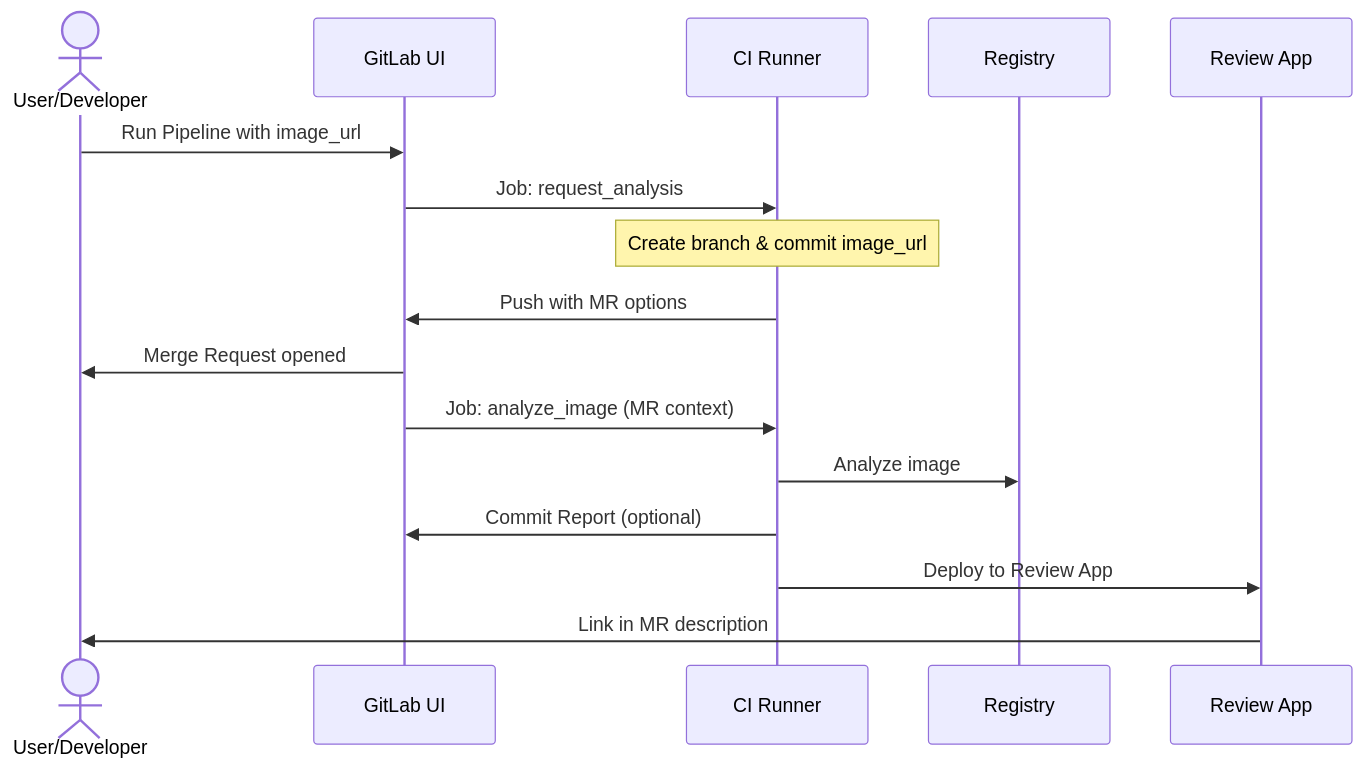
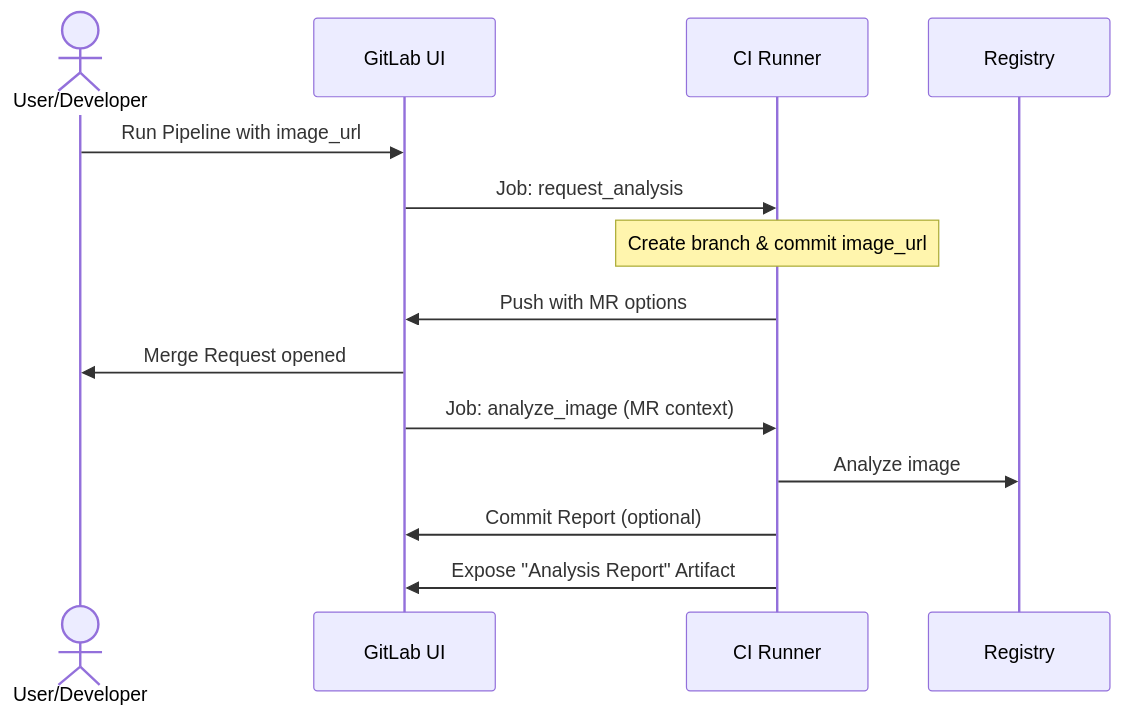
The diagram in docs/modules/ROOT/pages/gitlab-workflow.adoc (trivoallan/regis-cli), drawn with Mermaid before and after one commit. The commit also changed other lines of this file and 1 other file, not shown here.

Commit message:
feat(review): Expose analysis reports as Merge Request artifacts instead of deploying to Review Apps and update documentation accordingly.

```diff
--- a/docs/modules/ROOT/pages/gitlab-workflow.adoc
+++ b/docs/modules/ROOT/pages/gitlab-workflow.adoc
@@ -105,20 +105,18 @@
 [mermaid]
 ....
 sequenceDiagram
     actor User as User/Developer
     participant GL as GitLab UI
     participant CI as CI Runner
     participant Reg as Registry
-    participant Pages as Review App
 
     User->>GL: Run Pipeline with image_url
     GL->>CI: Job: request_analysis
     Note over CI: Create branch & commit image_url
     CI->>GL: Push with MR options
     GL->>User: Merge Request opened
     GL->>CI: Job: analyze_image (MR context)
     CI->>Reg: Analyze image
     CI->>GL: Commit Report (optional)
-    CI->>Pages: Deploy to Review App
-    Pages->>User: Link in MR description
+    CI->>GL: Expose "Analysis Report" Artifact
 ....
```
